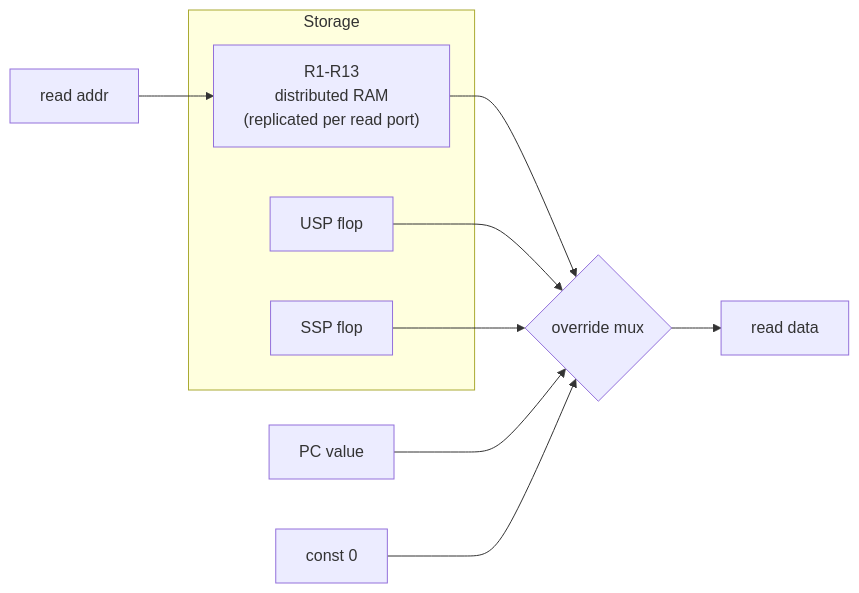
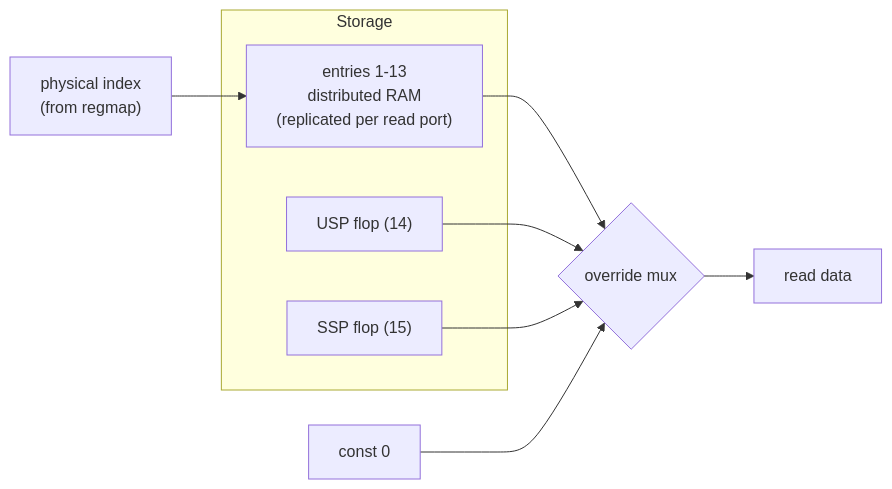
The diagram in doc/internals/penumbra2/regfile.md (lonemeow/penumbra-minicomputer), drawn with Mermaid before and after one commit. The commit also changed other lines of this file, not shown here.

````diff
--- a/doc/internals/penumbra2/regfile.md
+++ b/doc/internals/penumbra2/regfile.md
@@ -77,15 +104,14 @@
 ```mermaid
 flowchart LR
     subgraph Storage
-      RAM["R1-R13<br/>distributed RAM<br/>(replicated per read port)"]
-      USP["USP flop"]
-      SSP["SSP flop"]
+      RAM["entries 1-13<br/>distributed RAM<br/>(replicated per read port)"]
+      USP["USP flop (14)"]
+      SSP["SSP flop (15)"]
     end
-    RAdv["read addr"] --> RAM
+    IDX["physical index<br/>(from regmap)"] --> RAM
     RAM --> OV{override mux}
-    PC["PC value"] --> OV
     Z["const 0"] --> OV
     USP --> OV
     SSP --> OV
     OV --> RData["read data"]
 ```
````
